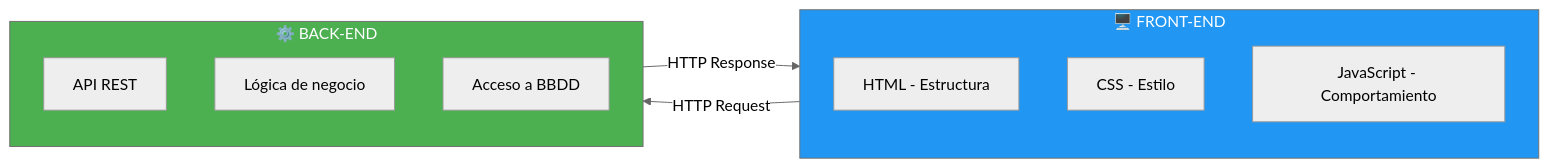
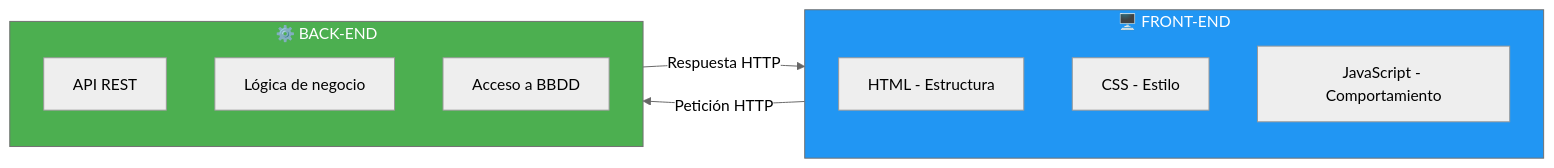
One commit to joseluisgs/DesarrolloWebEntornosServidor-01-2026-2027 changed the first of 2 diagrams in 02-componentes-web.md. Above: the diagram before and after it, drawn with Mermaid (neutral theme). The commit also changed other lines of this file and 77 other files, not shown here.

````diff
--- a/02-componentes-web.md
+++ b/02-componentes-web.md
@@ -31,20 +31,20 @@
 ```mermaid
 graph LR
     subgraph FRONTEND["🖥️ FRONT-END"]
         A1["HTML - Estructura"]
         A2["CSS - Estilo"]
         A3["JavaScript - Comportamiento"]
     end
 
     subgraph BACKEND["⚙️ BACK-END"]
         B1["API REST"]
         B2["Lógica de negocio"]
         B3["Acceso a BBDD"]
     end
 
-    FRONTEND -->|"HTTP Request"| BACKEND
-    BACKEND -->|"HTTP Response"| FRONTEND
+    FRONTEND -->|"Petición HTTP"| BACKEND
+    BACKEND -->|"Respuesta HTTP"| FRONTEND
 
     style FRONTEND fill:#2196F3,color:#fff
     style BACKEND fill:#4CAF50,color:#fff
 ```
````
